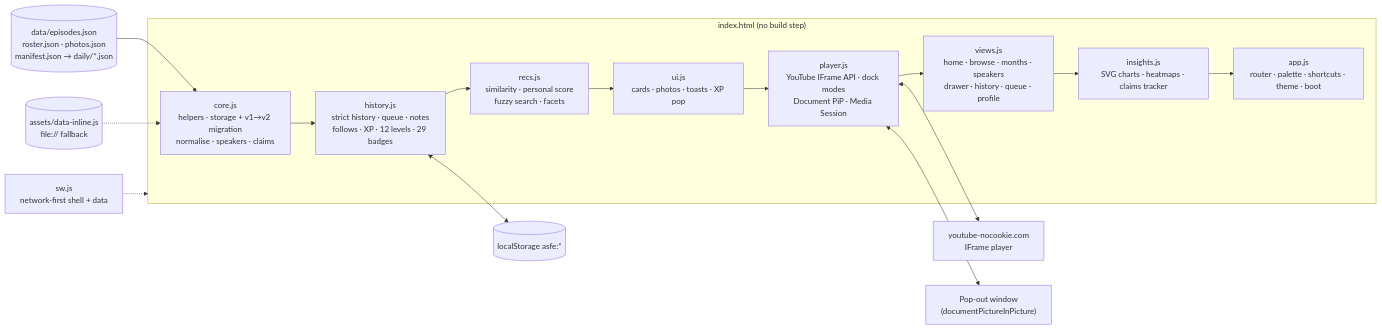
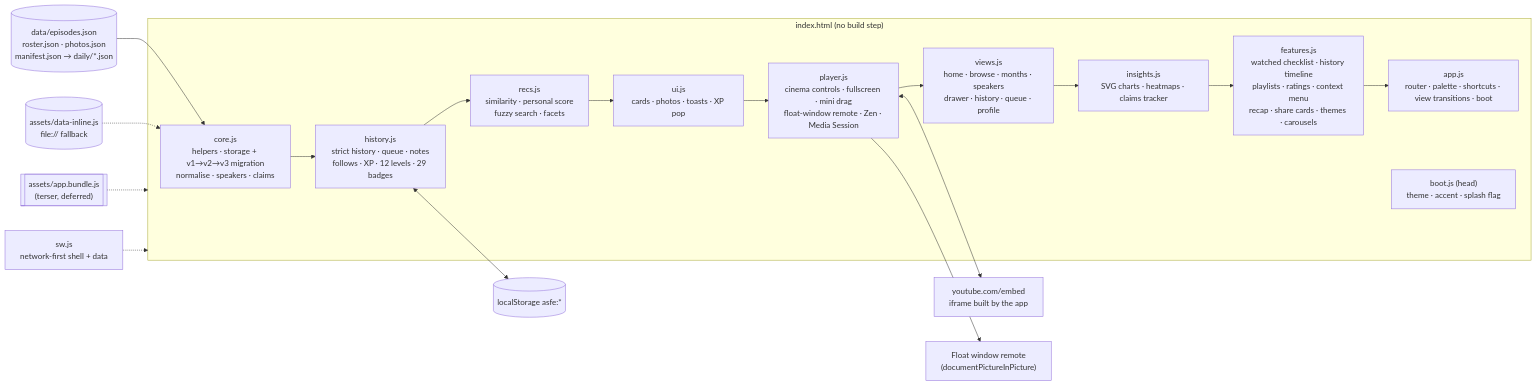
The fifth of 7 diagrams in ai-safety-full-episodes/README.md (lo3elyon/ASI), drawn with Mermaid before and after one commit. The commit also changed other lines of this file, not shown here.

Commit message:
ai-safety-full-episodes cinema update: README.md

````diff
--- a/ai-safety-full-episodes/README.md
+++ b/ai-safety-full-episodes/README.md
@@ -186,20 +272,23 @@
 ```mermaid
 flowchart LR
   subgraph Page["index.html (no build step)"]
-    CORE["core.js<br/>helpers · storage + v1→v2 migration<br/>normalise · speakers · claims"]
+    CORE["core.js<br/>helpers · storage + v1→v2→v3 migration<br/>normalise · speakers · claims"]
     HIST["history.js<br/>strict history · queue · notes<br/>follows · XP · 12 levels · 29 badges"]
     RECS["recs.js<br/>similarity · personal score<br/>fuzzy search · facets"]
     UI["ui.js<br/>cards · photos · toasts · XP pop"]
-    PLAYER["player.js<br/>YouTube IFrame API · dock modes<br/>Document PiP · Media Session"]
+    PLAYER["player.js<br/>cinema controls · fullscreen · mini drag<br/>float-window remote · Zen · Media Session"]
     VIEWS["views.js<br/>home · browse · months · speakers<br/>drawer · history · queue · profile"]
     INS["insights.js<br/>SVG charts · heatmaps · claims tracker"]
-    APP["app.js<br/>router · palette · shortcuts · theme · boot"]
+    FEAT["features.js<br/>watched checklist · history timeline<br/>playlists · ratings · context menu<br/>recap · share cards · themes · carousels"]
+    APP["app.js<br/>router · palette · shortcuts · view transitions · boot"]
+    BOOT["boot.js (head)<br/>theme · accent · splash flag"]
   end
   DATA[("data/episodes.json<br/>roster.json · photos.json<br/>manifest.json → daily/*.json")] --> CORE
   INLINE[("assets/data-inline.js<br/>file:// fallback")] -.-> CORE
-  CORE --> HIST --> RECS --> UI --> PLAYER --> VIEWS --> INS --> APP
-  PLAYER <--> YT["youtube-nocookie.com<br/>IFrame player"]
-  PLAYER <--> PIP["Pop-out window<br/>(documentPictureInPicture)"]
+  CORE --> HIST --> RECS --> UI --> PLAYER --> VIEWS --> INS --> FEAT --> APP
+  BUNDLE[["assets/app.bundle.js<br/>(terser, deferred)"]] -.-> Page
+  PLAYER <--> YT["youtube.com/embed<br/>iframe built by the app"]
+  PLAYER --> PIP["Float window remote<br/>(documentPictureInPicture)"]
   HIST <--> LS[("localStorage asfe:*")]
   SW["sw.js<br/>network-first shell + data"] -.-> Page
 ```
````
